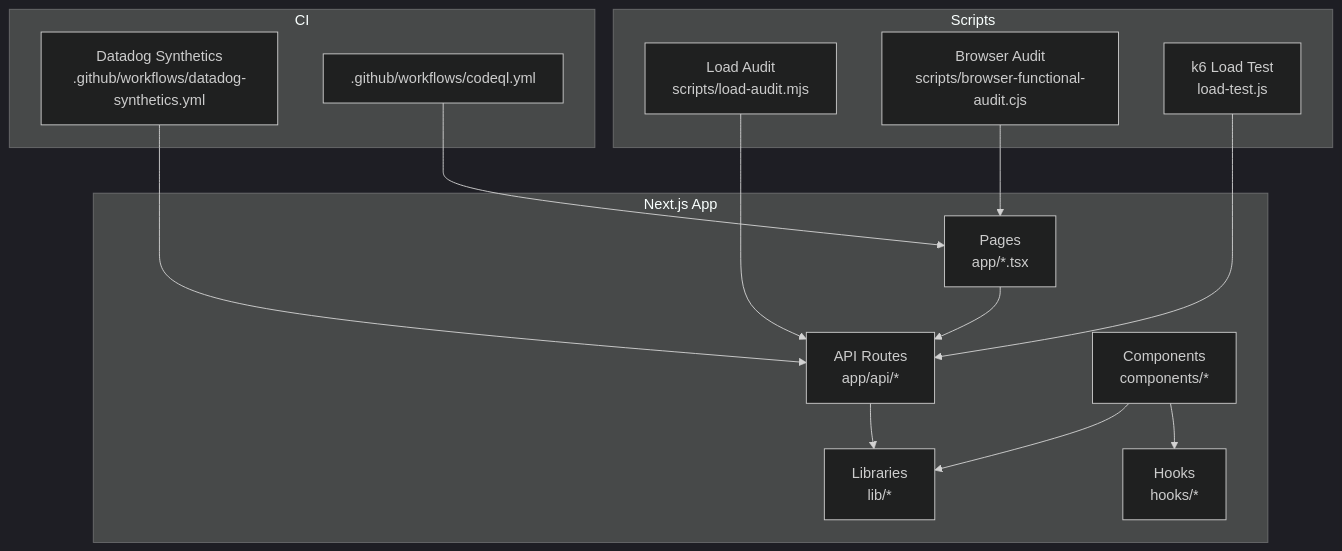
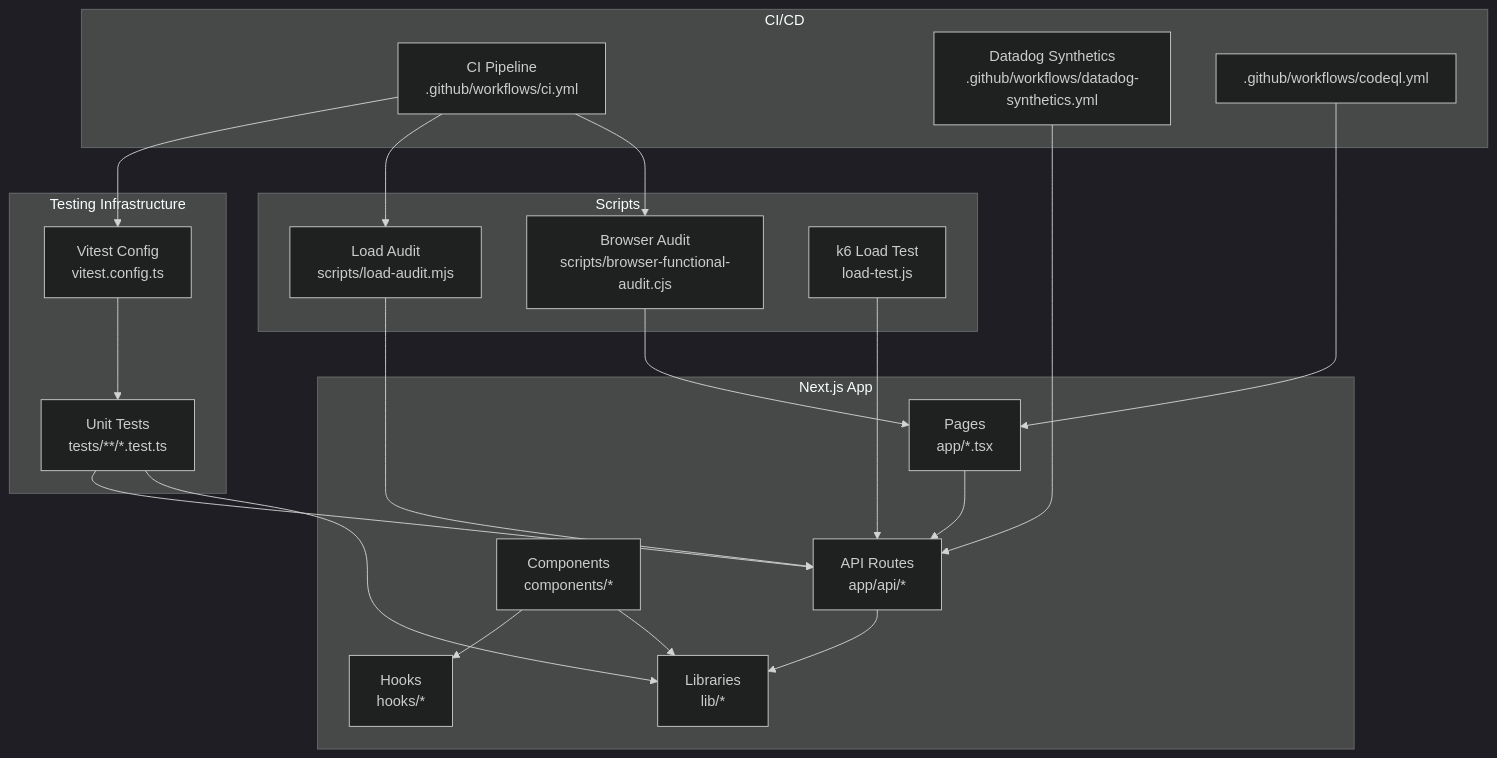
One commit to mustafaalkusaj/appschoolmustafa2002 changed the first of 5 diagrams in .qoder/repowiki/en/content/Testing Strategy.md. Above: the diagram before and after it, drawn with Mermaid (dark theme). The commit also changed other lines of this file and 32884 other files, not shown here.

````diff
--- a/.qoder/repowiki/en/content/Testing Strategy.md
+++ b/.qoder/repowiki/en/content/Testing Strategy.md
@@ -112,28 +116,39 @@
 ```mermaid
 graph TB
 subgraph "Next.js App"
 PAGES["Pages<br/>app/*.tsx"]
 API["API Routes<br/>app/api/*"]
 LIB["Libraries<br/>lib/*"]
 HOOKS["Hooks<br/>hooks/*"]
 COMPONENTS["Components<br/>components/*"]
 end
+subgraph "Testing Infrastructure"
+VITEST["Vitest Config<br/>vitest.config.ts"]
+UNIT_TESTS["Unit Tests<br/>tests/**/*.test.ts"]
+end
 subgraph "Scripts"
 LOAD_AUDIT["Load Audit<br/>scripts/load-audit.mjs"]
 BROWSER_AUDIT["Browser Audit<br/>scripts/browser-functional-audit.cjs"]
 K6_SCRIPT["k6 Load Test<br/>load-test.js"]
 end
-subgraph "CI"
+subgraph "CI/CD"
+CI["CI Pipeline<br/>.github/workflows/ci.yml"]
 DD["Datadog Synthetics<br/>.github/workflows/datadog-synthetics.yml"]
 CODEQL[".github/workflows/codeql.yml"]
 end
 PAGES --> API
 API --> LIB
 COMPONENTS --> HOOKS
 COMPONENTS --> LIB
+VITEST --> UNIT_TESTS
+UNIT_TESTS --> API
+UNIT_TESTS --> LIB
 LOAD_AUDIT --> API
 BROWSER_AUDIT --> PAGES
 K6_SCRIPT --> API
+CI --> VITEST
+CI --> LOAD_AUDIT
+CI --> BROWSER_AUDIT
 DD --> API
 CODEQL --> PAGES
 ```
````
